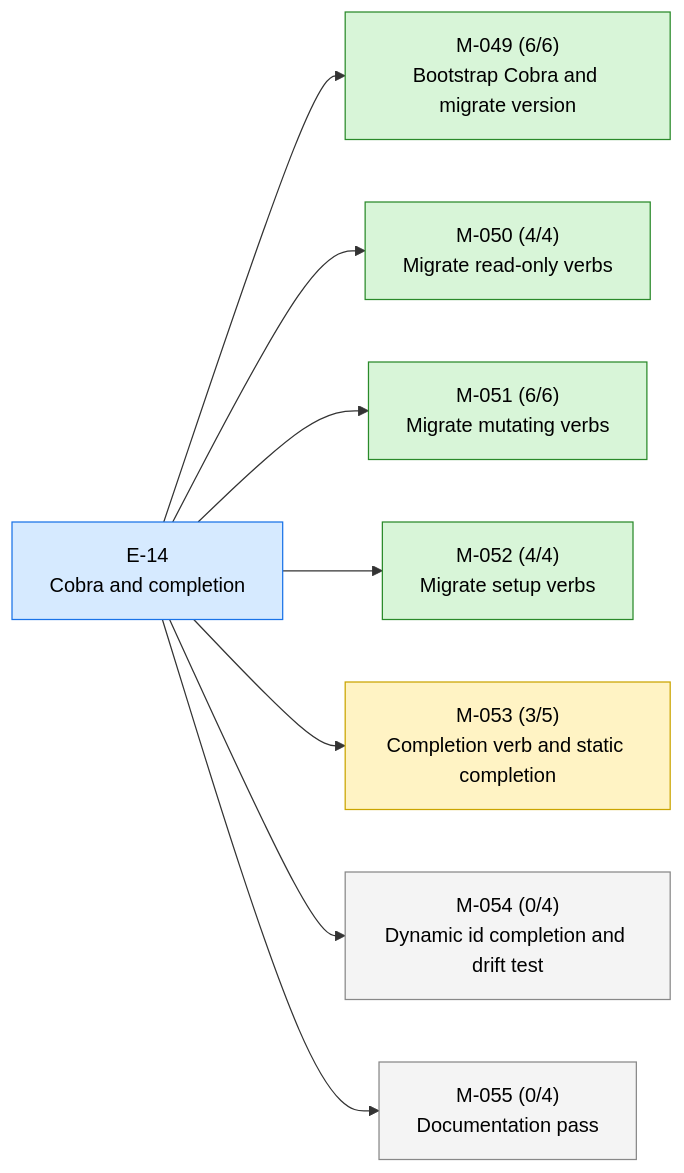
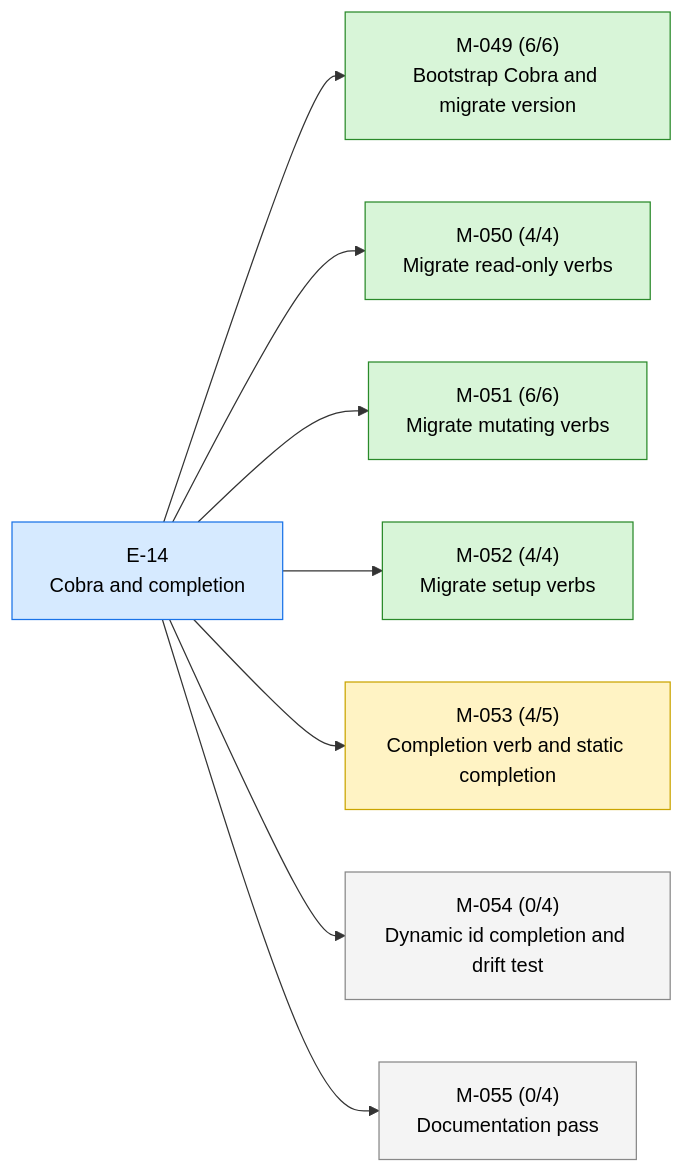
One commit to 23min/aiwf changed the first of 2 diagrams in STATUS.md. Above: the diagram before and after it, drawn with Mermaid. The commit also changed other lines of this file and 1 other file, not shown here.

````diff
--- a/STATUS.md
+++ b/STATUS.md
@@ -17,24 +17,24 @@
 ```mermaid
 flowchart LR
   E_14["E-14<br/>Cobra and completion"]:::epic_active
   M_049["M-049 (6/6)<br/>Bootstrap Cobra and migrate version"]:::ms_done
   E_14 --> M_049
   M_050["M-050 (4/4)<br/>Migrate read-only verbs"]:::ms_done
   E_14 --> M_050
   M_051["M-051 (6/6)<br/>Migrate mutating verbs"]:::ms_done
   E_14 --> M_051
   M_052["M-052 (4/4)<br/>Migrate setup verbs"]:::ms_done
   E_14 --> M_052
-  M_053["M-053 (3/5)<br/>Completion verb and static completion"]:::ms_in_progress
+  M_053["M-053 (4/5)<br/>Completion verb and static completion"]:::ms_in_progress
   E_14 --> M_053
   M_054["M-054 (0/4)<br/>Dynamic id completion and drift test"]:::ms_draft
   E_14 --> M_054
   M_055["M-055 (0/4)<br/>Documentation pass"]:::ms_draft
   E_14 --> M_055
   classDef epic_active fill:#d6eaff,stroke:#1a73e8,color:#000
   classDef epic_proposed fill:#f4f4f4,stroke:#888,color:#000
   classDef ms_done fill:#d8f5d8,stroke:#2a8a2a,color:#000
   classDef ms_in_progress fill:#fff3c4,stroke:#caa400,color:#000
   classDef ms_draft fill:#f4f4f4,stroke:#888,color:#000
   classDef ms_cancelled fill:#fbeaea,stroke:#c33,color:#000
 ```
````
